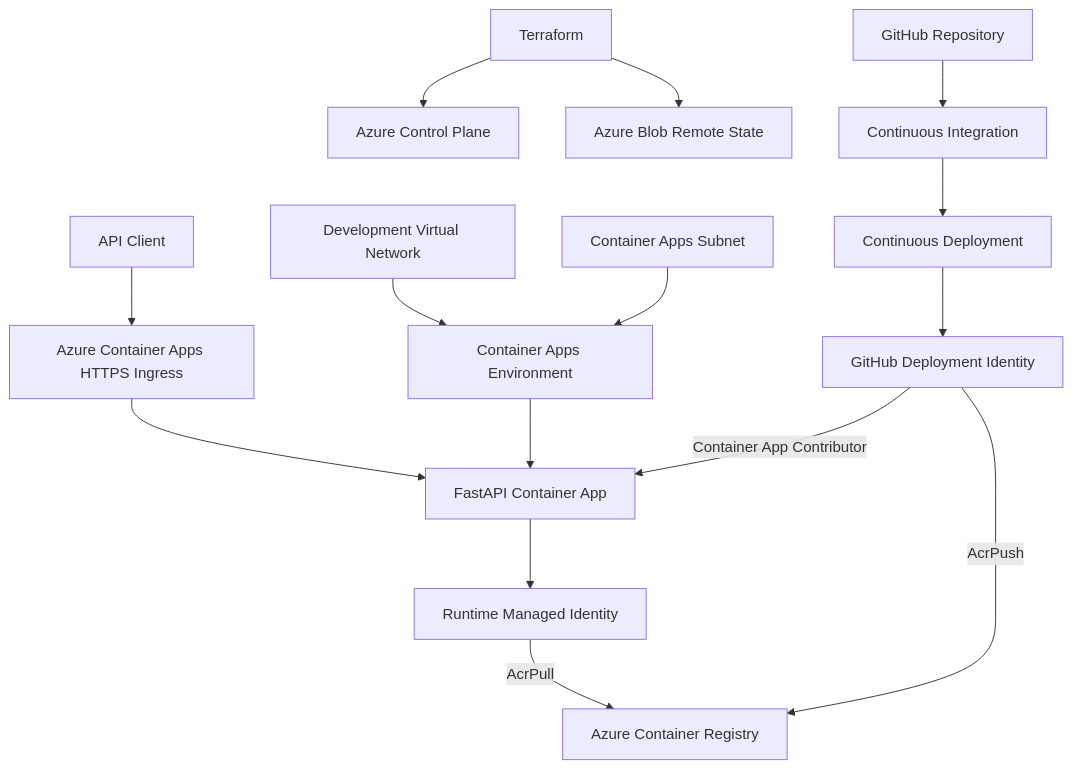
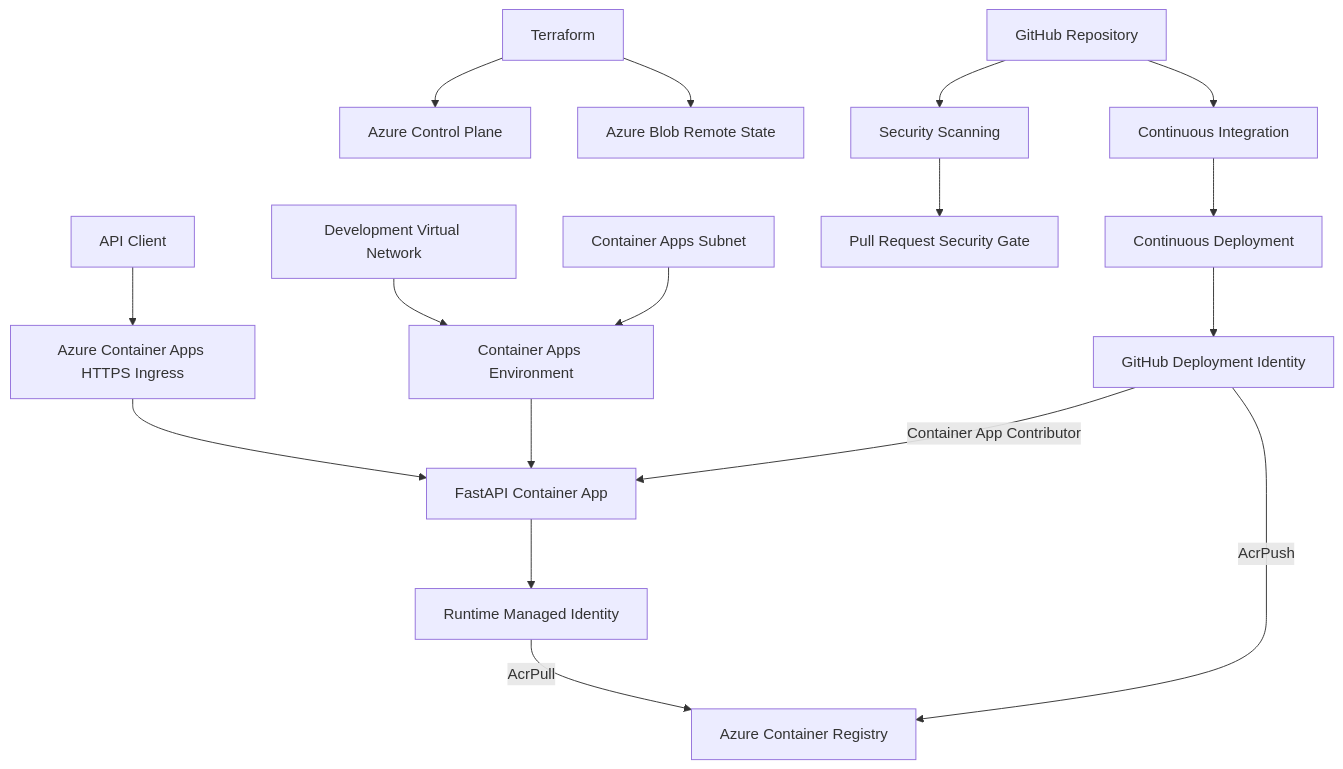
One commit to Morgein/azure-enterprise-platform-lab changed the first of 3 diagrams in README.md. Above: the diagram before and after it, drawn with Mermaid. The commit also changed other lines of this file and 10 other files, not shown here.

First line of the commit message:
feat(security): add container and Terraform scanning (#23)

````diff
--- a/README.md
+++ b/README.md
@@ -226,21 +251,23 @@
 ```mermaid
 flowchart TD
     Client["API Client"] --> Ingress["Azure Container Apps HTTPS Ingress"]
     Ingress --> App["FastAPI Container App"]
 
     App --> RuntimeIdentity["Runtime Managed Identity"]
     RuntimeIdentity -->|AcrPull| ACR["Azure Container Registry"]
 
     ACAEnvironment["Container Apps Environment"] --> App
     VNet["Development Virtual Network"] --> ACAEnvironment
     Subnet["Container Apps Subnet"] --> ACAEnvironment
 
     Terraform["Terraform"] --> Azure["Azure Control Plane"]
     Terraform --> State["Azure Blob Remote State"]
 
     GitHub["GitHub Repository"] --> CI["Continuous Integration"]
+    GitHub --> Security["Security Scanning"]
+    Security --> Gate["Pull Request Security Gate"]
     CI --> CD["Continuous Deployment"]
     CD --> DeployIdentity["GitHub Deployment Identity"]
     DeployIdentity -->|AcrPush| ACR
     DeployIdentity -->|Container App Contributor| App
 ```
````
